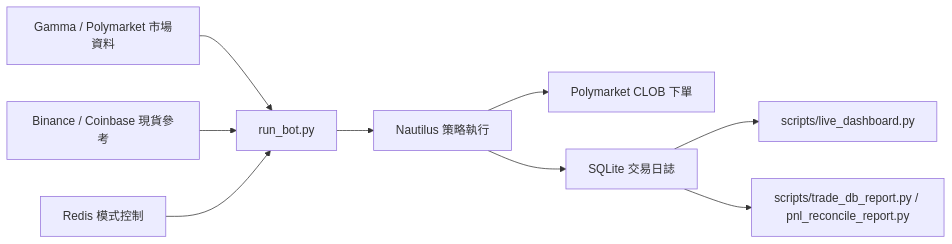
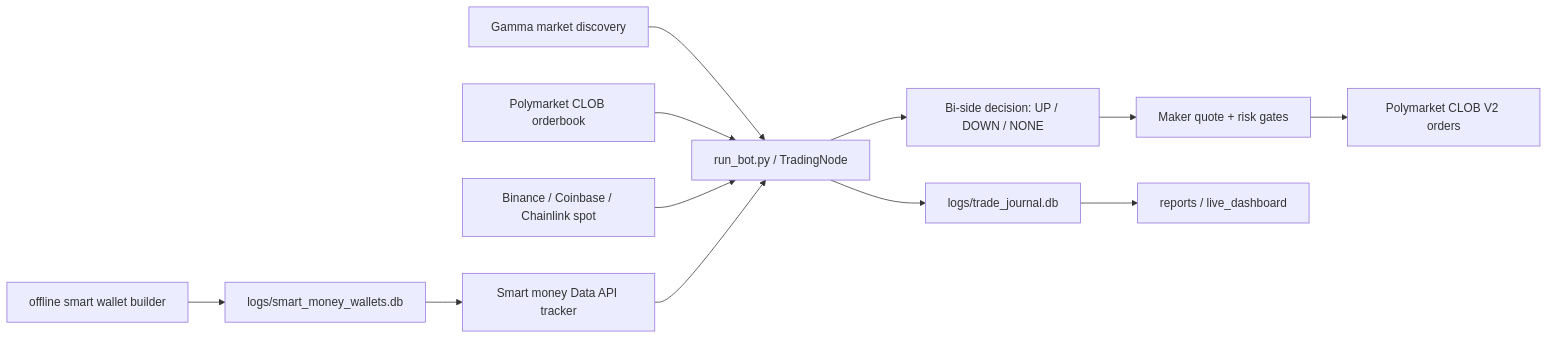
The diagram in docs/readme_ZH.md (ericeric0101/Polymarket-15m-BTC-bot), drawn with Mermaid before and after one commit. The commit also changed other lines of this file, not shown here.

````diff
--- a/docs/readme_ZH.md
+++ b/docs/readme_ZH.md
@@ -51,11 +34,14 @@
 ```mermaid
 flowchart LR
-    A["Gamma / Polymarket 市場資料"] --> B["run_bot.py"]
-    C["Binance / Coinbase 現貨參考"] --> B
-    D["Redis 模式控制"] --> B
-    B --> E["Nautilus 策略執行"]
-    E --> F["Polymarket CLOB 下單"]
-    E --> G["SQLite 交易日誌"]
-    G --> H["scripts/live_dashboard.py"]
-    G --> I["scripts/trade_db_report.py / pnl_reconcile_report.py"]
+    A["Gamma market discovery"] --> B["run_bot.py / TradingNode"]
+    C["Polymarket CLOB orderbook"] --> B
+    D["Binance / Coinbase / Chainlink spot"] --> B
+    E["Smart money Data API tracker"] --> B
+    B --> F["Bi-side decision: UP / DOWN / NONE"]
+    F --> G["Maker quote + risk gates"]
+    G --> H["Polymarket CLOB V2 orders"]
+    B --> I["logs/trade_journal.db"]
+    J["offline smart wallet builder"] --> K["logs/smart_money_wallets.db"]
+    K --> E
+    I --> L["reports / live_dashboard"]
 ```
````
